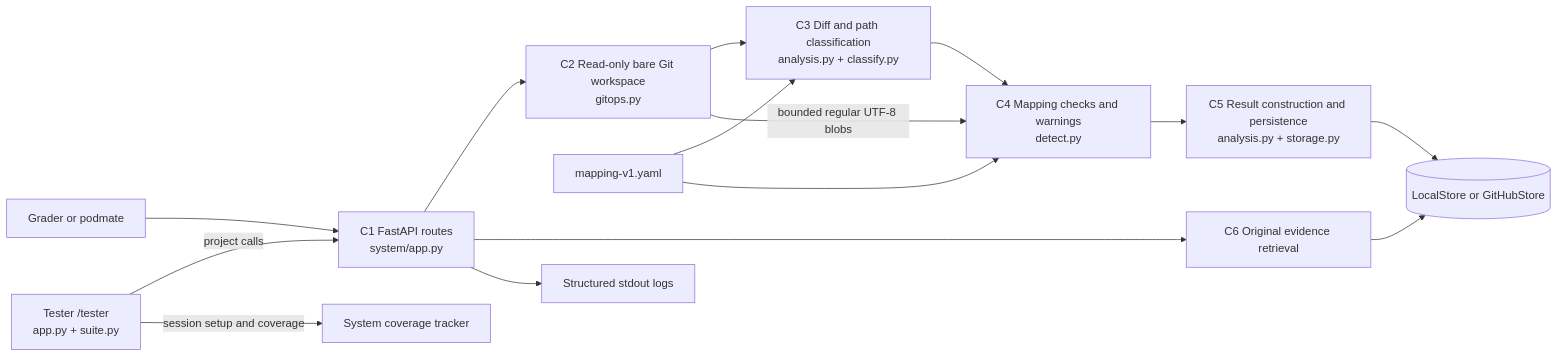
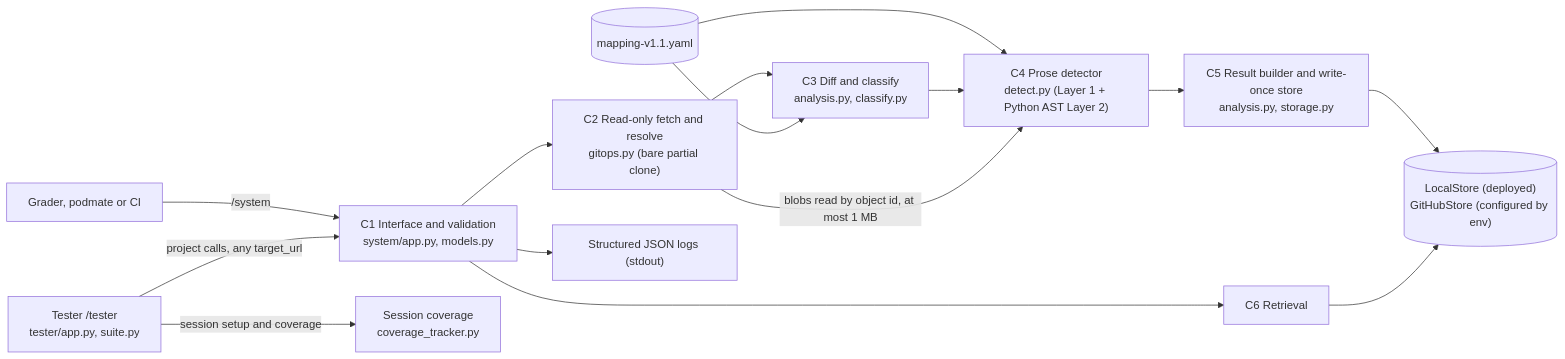
Before and after one commit to ParthGupta06/doc-tracker: the first of 4 diagrams in docs/SYSTEM.md, drawn with Mermaid. The commit also changed other lines of this file and 8 other files, not shown here.

First line of the commit message:
Describe the delivered v0.5.0 system in docs/SYSTEM.md and export its models

````diff
--- a/docs/SYSTEM.md
+++ b/docs/SYSTEM.md
@@ -47,17 +41,17 @@
 ```mermaid
 flowchart LR
-  Client[Grader or podmate] --> API["C1 FastAPI routes\nsystem/app.py"]
-  API --> Git["C2 Read-only bare Git workspace\ngitops.py"]
-  Git --> Classify["C3 Diff and path classification\nanalysis.py + classify.py"]
-  Classify --> Detect["C4 Mapping checks and warnings\ndetect.py"]
-  Rules["mapping-v1.yaml"] --> Classify
-  Rules --> Detect
-  Git -->|bounded regular UTF-8 blobs| Detect
-  Detect --> Save["C5 Result construction and persistence\nanalysis.py + storage.py"]
-  Save --> Store[(LocalStore or GitHubStore)]
-  API --> Retrieve["C6 Original evidence retrieval"]
-  Retrieve --> Store
-  Tester["Tester /tester\napp.py + suite.py"] -->|project calls| API
-  Tester -->|session setup and coverage| Coverage[System coverage tracker]
-  API --> Logs[Structured stdout logs]
+  Client["Grader, podmate or CI"] -->|/system| C1["C1 Interface and validation<br/>system/app.py, models.py"]
+  C1 --> C2["C2 Read-only fetch and resolve<br/>gitops.py (bare partial clone)"]
+  C2 --> C3["C3 Diff and classify<br/>analysis.py, classify.py"]
+  Rules[("mapping-v1.1.yaml")] --> C3
+  Rules --> C4
+  C3 --> C4["C4 Prose detector<br/>detect.py (Layer 1 + Python AST Layer 2)"]
+  C2 -->|"blobs read by object id, at most 1 MB"| C4
+  C4 --> C5["C5 Result builder and write-once store<br/>analysis.py, storage.py"]
+  C5 --> Store[("LocalStore (deployed)<br/>GitHubStore (configured by env)")]
+  C1 --> C6["C6 Retrieval"]
+  C6 --> Store
+  Tester["Tester /tester<br/>tester/app.py, suite.py"] -->|"project calls, any target_url"| C1
+  Tester -->|"session setup and coverage"| Cov["Session coverage<br/>coverage_tracker.py"]
+  C1 --> Logs["Structured JSON logs (stdout)"]
 ```
````
